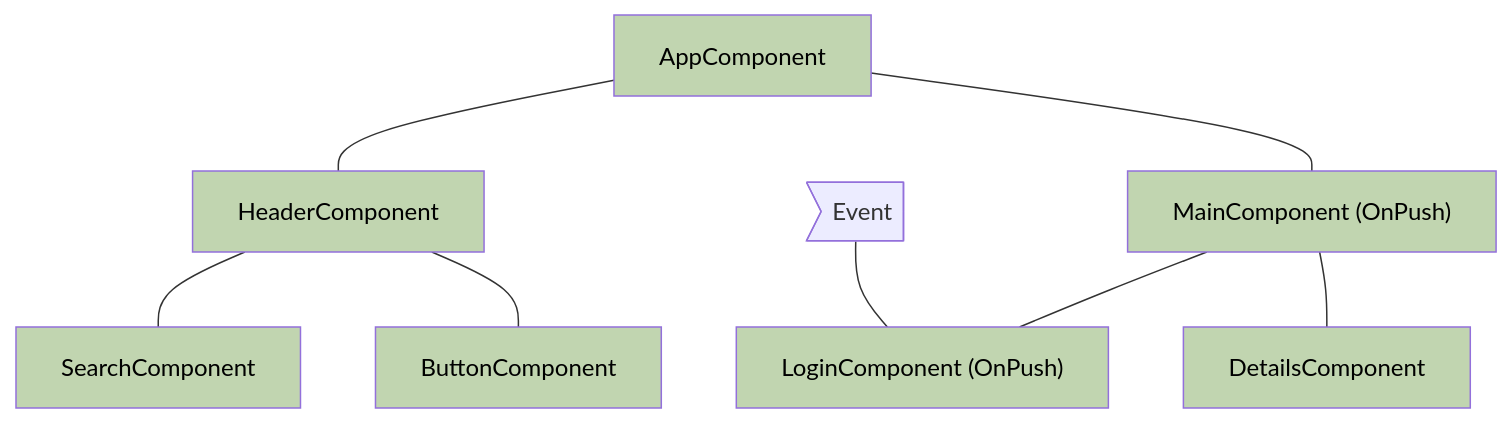
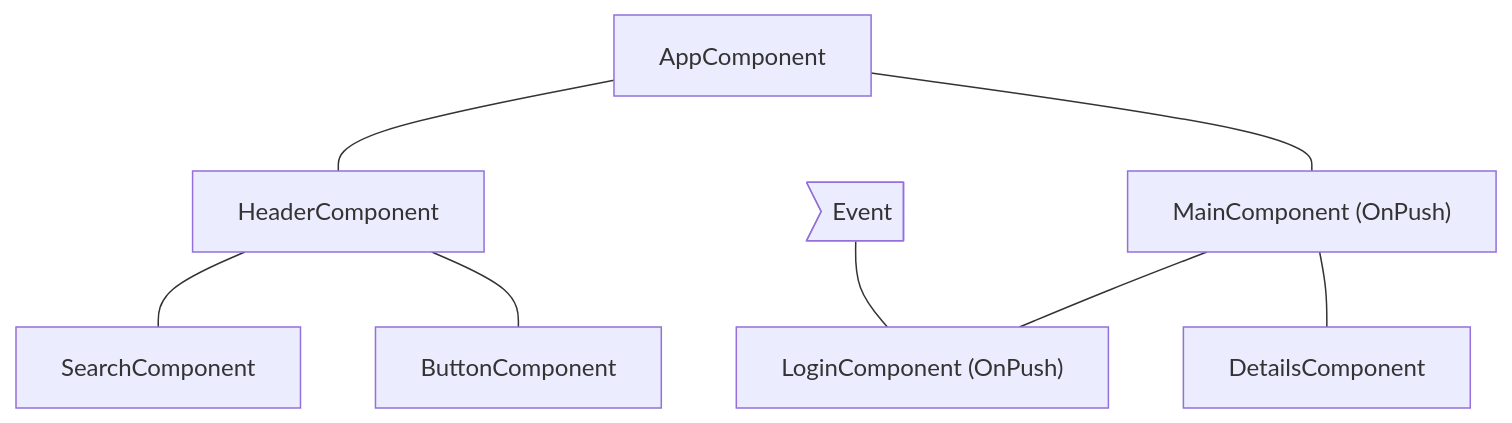
Before and after one commit to angular/angular-ja: the third of 4 diagrams in adev-ja/src/content/best-practices/runtime-performance/skipping-subtrees.md, drawn with Mermaid. The commit also changed other lines of this file and 113 other files, not shown here.

````diff
--- a/adev-ja/src/content/best-practices/runtime-performance/skipping-subtrees.md
+++ b/adev-ja/src/content/best-practices/runtime-performance/skipping-subtrees.md
@@ -88,18 +84,19 @@
 ```mermaid
 graph TD;
     app[AppComponent] --- header[HeaderComponent];
     app --- main["MainComponent (OnPush)"];
     header --- search[SearchComponent];
     header --- button[ButtonComponent];
     main --- login["LoginComponent (OnPush)"];
     main --- details[DetailsComponent];
     event>Event] --- login
 
-style app fill:#C1D5B0,color:#000
-style header fill:#C1D5B0,color:#000
-style button fill:#C1D5B0,color:#000
-style search fill:#C1D5B0,color:#000
-style login fill:#C1D5B0,color:#000
-style main fill:#C1D5B0,color:#000
-style details fill:#C1D5B0,color:#000
+class app checkedNode
+class header checkedNode
+class button checkedNode
+class search checkedNode
+class login checkedNode
+class main checkedNode
+class details checkedNode
+class event eventNode
 ```
````
